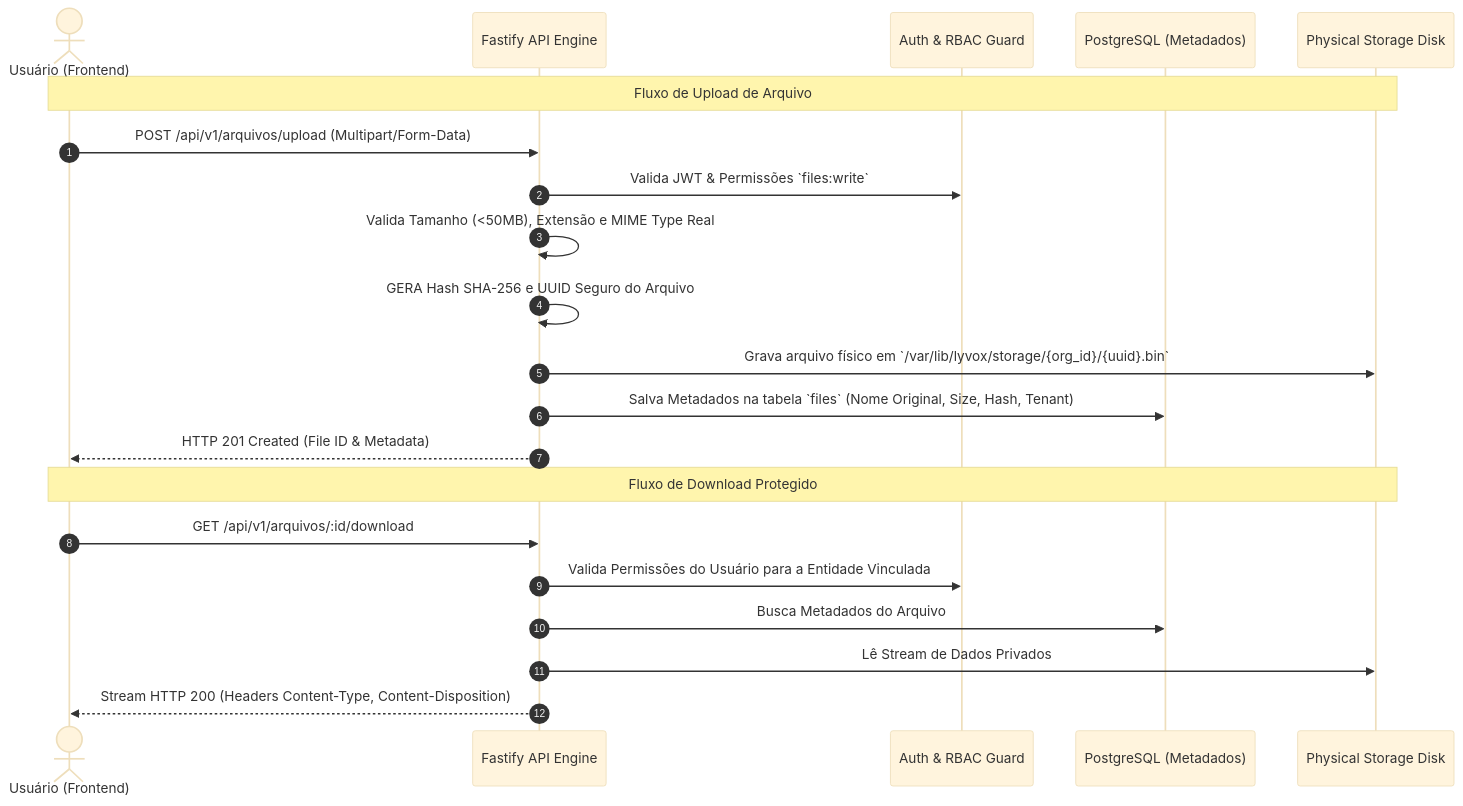
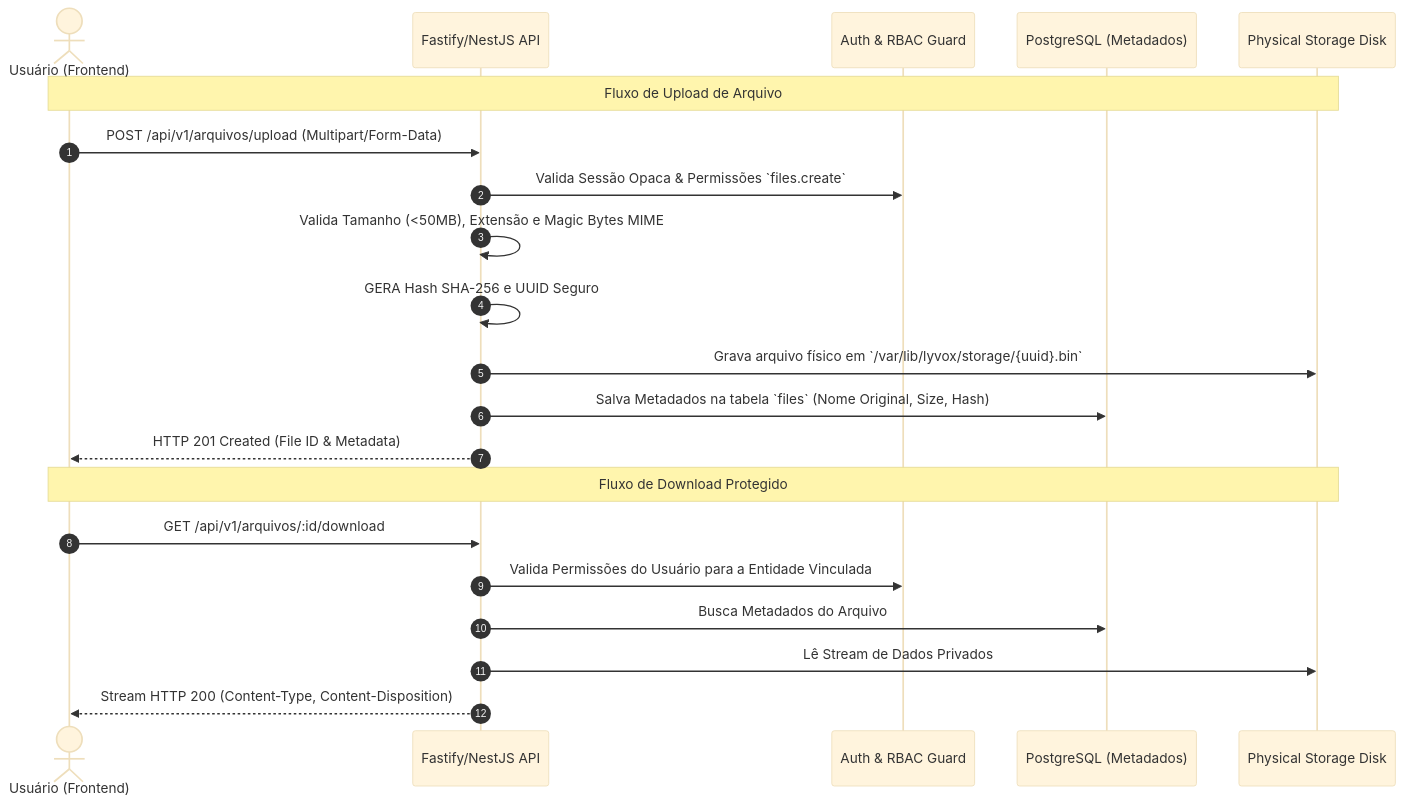
One commit to lyvoxconsult/lyvoxcorp changed the diagram in docs/planejamento/12-ARQUIVOS-DOCUMENTOS-E-STORAGE.md. Above: the diagram before and after it, drawn with Mermaid (base theme). The commit also changed other lines of this file and 28 other files, not shown here.

````diff
--- a/docs/planejamento/12-ARQUIVOS-DOCUMENTOS-E-STORAGE.md
+++ b/docs/planejamento/12-ARQUIVOS-DOCUMENTOS-E-STORAGE.md
@@ -22,25 +26,25 @@
 ```mermaid
 sequenceDiagram
     autonumber
     actor Cliente as Usuário (Frontend)
-    participant API as Fastify API Engine
+    participant API as Fastify/NestJS API
     participant Auth as Auth & RBAC Guard
     participant DB as PostgreSQL (Metadados)
     participant Storage as Physical Storage Disk
 
     Note over Cliente,Storage: Fluxo de Upload de Arquivo
     Cliente->>API: POST /api/v1/arquivos/upload (Multipart/Form-Data)
-    API->>Auth: Valida JWT & Permissões `files:write`
-    API->>API: Valida Tamanho (<50MB), Extensão e MIME Type Real
-    API->>API: GERA Hash SHA-256 e UUID Seguro do Arquivo
-    API->>Storage: Grava arquivo físico em `/var/lib/lyvox/storage/{org_id}/{uuid}.bin`
-    API->>DB: Salva Metadados na tabela `files` (Nome Original, Size, Hash, Tenant)
+    API->>Auth: Valida Sessão Opaca & Permissões `files.create`
+    API->>API: Valida Tamanho (<50MB), Extensão e Magic Bytes MIME
+    API->>API: GERA Hash SHA-256 e UUID Seguro
+    API->>Storage: Grava arquivo físico em `/var/lib/lyvox/storage/{uuid}.bin`
+    API->>DB: Salva Metadados na tabela `files` (Nome Original, Size, Hash)
     API-->>Cliente: HTTP 201 Created (File ID & Metadata)
 
     Note over Cliente,Storage: Fluxo de Download Protegido
     Cliente->>API: GET /api/v1/arquivos/:id/download
     API->>Auth: Valida Permissões do Usuário para a Entidade Vinculada
     API->>DB: Busca Metadados do Arquivo
     API->>Storage: Lê Stream de Dados Privados
-    API-->>Cliente: Stream HTTP 200 (Headers Content-Type, Content-Disposition)
+    API-->>Cliente: Stream HTTP 200 (Content-Type, Content-Disposition)
 ```
````
